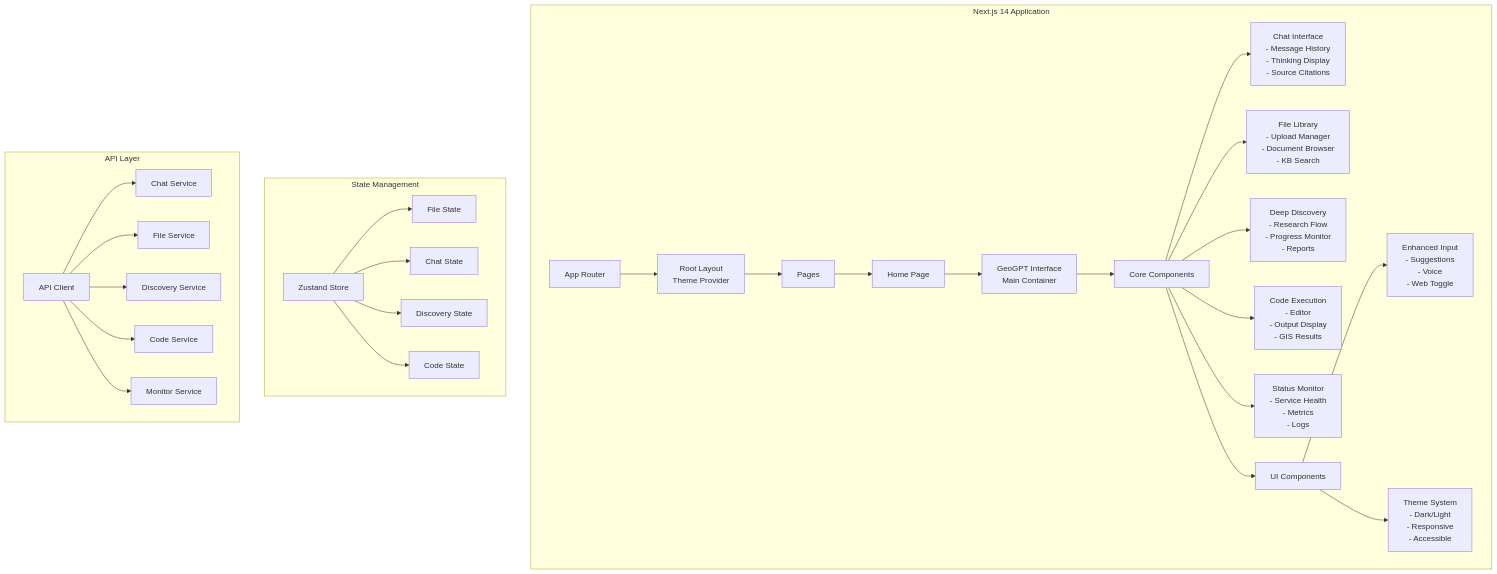
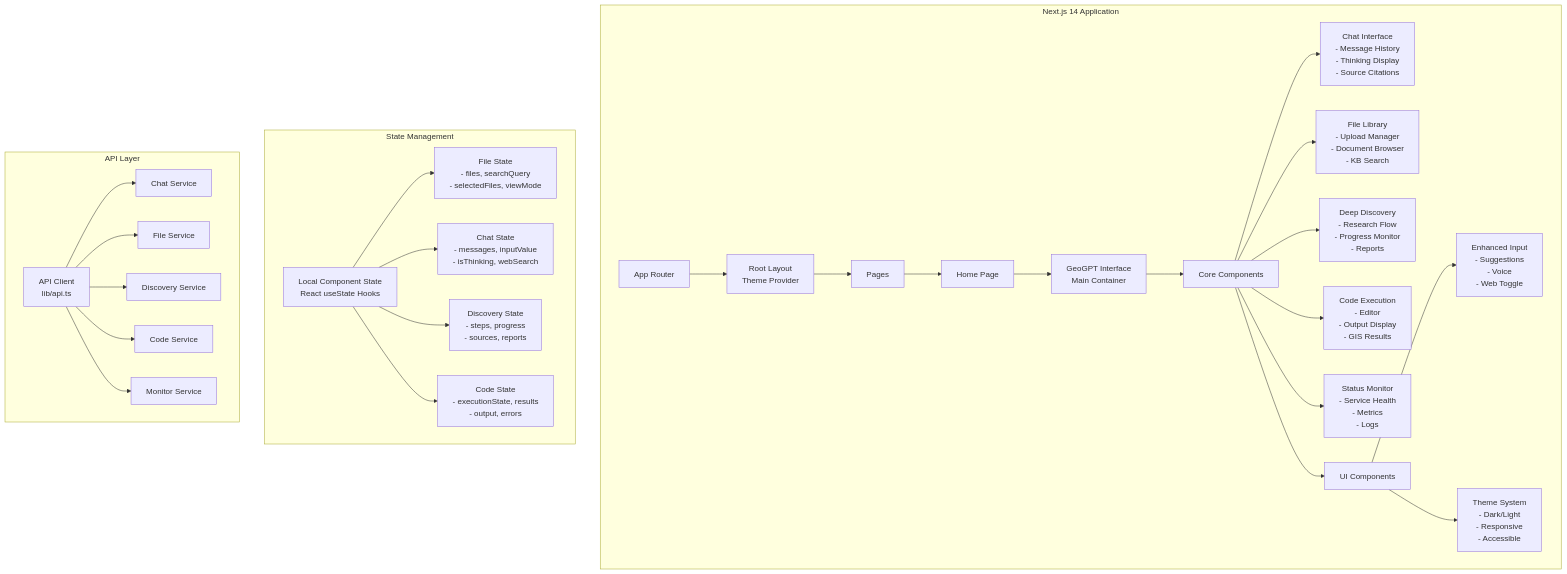
One commit to Rekklessss/geogpt-rag changed the second of 14 diagrams in PROJECT_DIAGRAMS.md. Above: the diagram before and after it, drawn with Mermaid. The commit also changed other lines of this file and 16 other files, not shown here.

````diff
--- a/PROJECT_DIAGRAMS.md
+++ b/PROJECT_DIAGRAMS.md
@@ -76,36 +76,37 @@
 ```mermaid
 graph TB
     subgraph "Next.js 14 Application"
         APP[App Router] --> LAYOUT[Root Layout<br/>Theme Provider]
         LAYOUT --> PAGES[Pages]
         
         PAGES --> HOME[Home Page]
         HOME --> GI[GeoGPT Interface<br/>Main Container]
         
         GI --> COMP[Core Components]
         COMP --> CHAT[Chat Interface<br/>- Message History<br/>- Thinking Display<br/>- Source Citations]
         COMP --> FILE[File Library<br/>- Upload Manager<br/>- Document Browser<br/>- KB Search]
         COMP --> DISC[Deep Discovery<br/>- Research Flow<br/>- Progress Monitor<br/>- Reports]
         COMP --> CODE[Code Execution<br/>- Editor<br/>- Output Display<br/>- GIS Results]
         COMP --> STAT[Status Monitor<br/>- Service Health<br/>- Metrics<br/>- Logs]
         
         COMP --> UI[UI Components]
         UI --> INPUT[Enhanced Input<br/>- Suggestions<br/>- Voice<br/>- Web Toggle]
         UI --> THEME[Theme System<br/>- Dark/Light<br/>- Responsive<br/>- Accessible]
     end
     
     subgraph "State Management"
-        STORE[Zustand Store] --> FSTATE[File State]
-        STORE --> CSTATE[Chat State]
-        STORE --> DSTATE[Discovery State]
-        STORE --> SCODE[Code State]
+        LOCAL[Local Component State<br/>React useState Hooks]
+        LOCAL --> FSTATE[File State<br/>- files, searchQuery<br/>- selectedFiles, viewMode]
+        LOCAL --> CSTATE[Chat State<br/>- messages, inputValue<br/>- isThinking, webSearch]
+        LOCAL --> DSTATE[Discovery State<br/>- steps, progress<br/>- sources, reports]
+        LOCAL --> SCODE[Code State<br/>- executionState, results<br/>- output, errors]
     end
     
     subgraph "API Layer"
-        API[API Client] --> CHAT_API[Chat Service]
+        API[API Client<br/>lib/api.ts] --> CHAT_API[Chat Service]
         API --> FILE_API[File Service]
         API --> DISC_API[Discovery Service]
         API --> CODE_API[Code Service]
         API --> MON_API[Monitor Service]
     end
 ```
````
